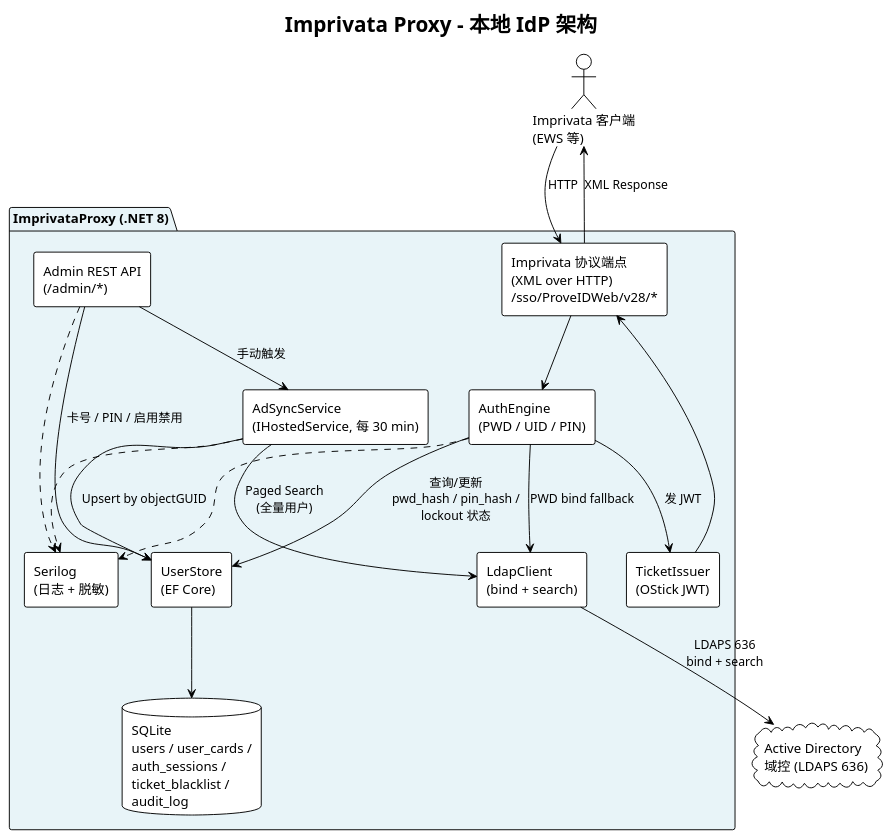
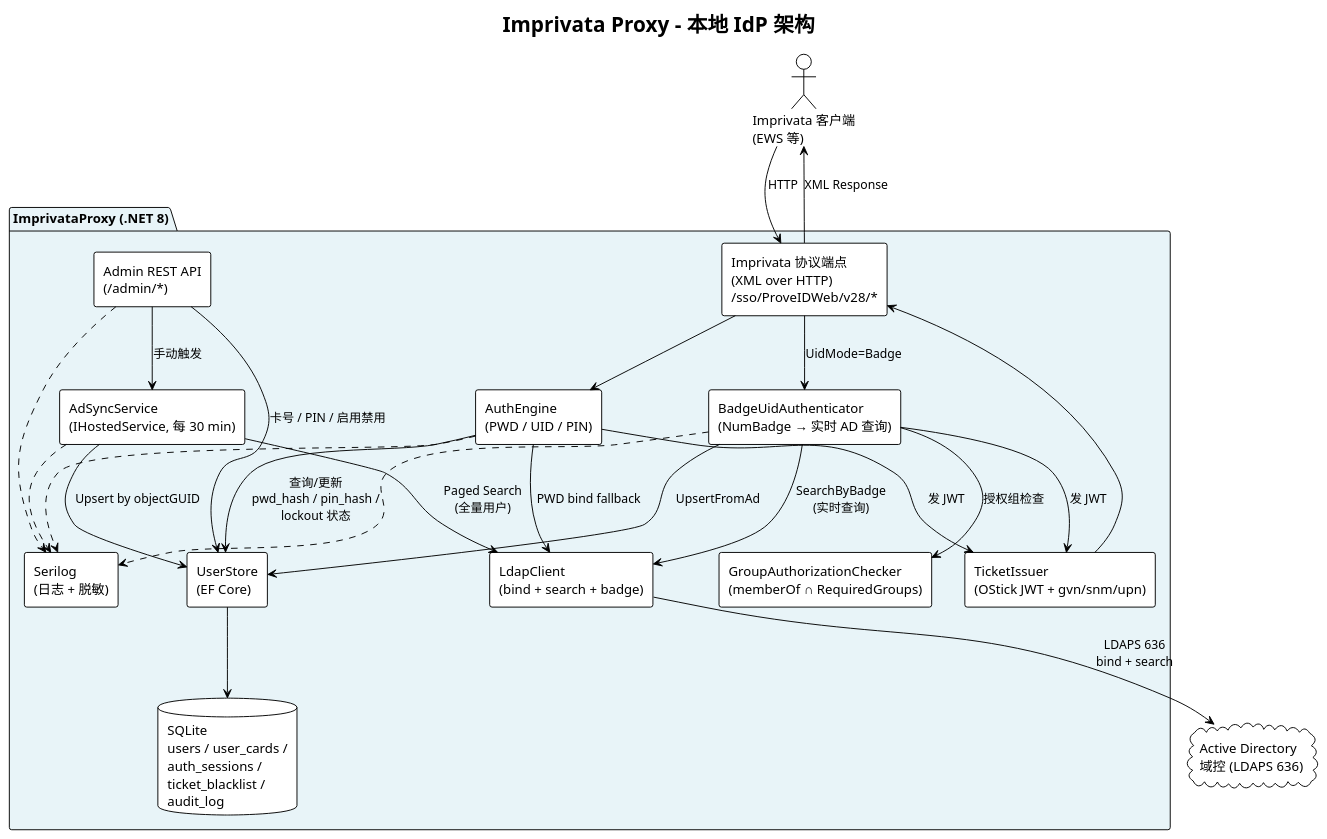
One commit to shamexln/ldap changed the diagram in ImprivataProxy/designdoc/diagrams/architecture.puml. Above: the diagram before and after it, drawn with PlantUML. The commit also changed 61 other files, not shown here.

First line of the commit message:
feat: Badge-based AD authentication with group authorization

```diff
--- a/ImprivataProxy/designdoc/diagrams/architecture.puml
+++ b/ImprivataProxy/designdoc/diagrams/architecture.puml
@@ -1,46 +1,59 @@
 @startuml architecture
+skinparam defaultFontName "Microsoft YaHei"
+skinparam titleFontName "Microsoft YaHei"
+skinparam packageFontName "Microsoft YaHei"
+skinparam componentFontName "Microsoft YaHei"
+skinparam classFontName "Microsoft YaHei"
+skinparam arrowFontName "Microsoft YaHei"
 !theme plain
 title Imprivata Proxy - 本地 IdP 架构
 
 skinparam componentStyle rectangle
 skinparam backgroundColor white
 skinparam shadowing false
 
 actor "Imprivata 客户端\n(EWS 等)" as Client
 
 package "ImprivataProxy (.NET 8)" as Proxy #E8F4F8 {
   component "Imprivata 协议端点\n(XML over HTTP)\n/sso/ProveIDWeb/v28/*" as Endpoints
   component "AuthEngine\n(PWD / UID / PIN)" as Auth
-  component "TicketIssuer\n(OStick JWT)" as Ticket
+  component "BadgeUidAuthenticator\n(NumBadge → 实时 AD 查询)" as BadgeAuth
+  component "GroupAuthorizationChecker\n(memberOf ∩ RequiredGroups)" as GroupCheck
+  component "TicketIssuer\n(OStick JWT + gvn/snm/upn)" as Ticket
   component "UserStore\n(EF Core)" as Store
-  component "LdapClient\n(bind + search)" as Ldap
+  component "LdapClient\n(bind + search + badge)" as Ldap
   component "AdSyncService\n(IHostedService, 每 30 min)" as Sync
   component "Admin REST API\n(/admin/*)" as Admin
   component "Serilog\n(日志 + 脱敏)" as Log
   database "SQLite\nusers / user_cards /\nauth_sessions /\nticket_blacklist /\naudit_log" as DB
 }
 
 cloud "Active Directory\n域控 (LDAPS 636)" as AD
 
 Client --> Endpoints : HTTP
 Endpoints --> Auth
+Endpoints --> BadgeAuth : UidMode=Badge
 Auth --> Store : 查询/更新\npwd_hash / pin_hash /\nlockout 状态
 Auth --> Ldap : PWD bind fallback
 Auth --> Ticket : 发 JWT
+BadgeAuth --> Ldap : SearchByBadge\n(实时查询)
+BadgeAuth --> GroupCheck : 授权组检查
+BadgeAuth --> Store : UpsertFromAd
+BadgeAuth --> Ticket : 发 JWT
 Ticket --> Endpoints
 Endpoints --> Client : XML Response
 
 Sync --> Ldap : Paged Search\n(全量用户)
 Sync --> Store : Upsert by objectGUID
 
 Admin --> Store : 卡号 / PIN / 启用禁用
 Admin --> Sync : 手动触发
 
 Ldap --> AD : LDAPS 636\nbind + search
-
 Store --> DB
 Auth ..> Log
+BadgeAuth ..> Log
 Sync ..> Log
 Admin ..> Log
 
 @enduml
```
